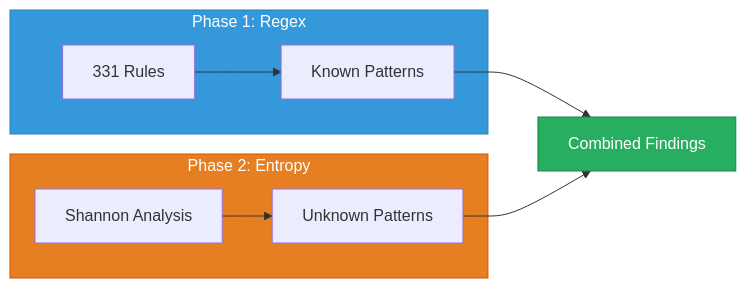
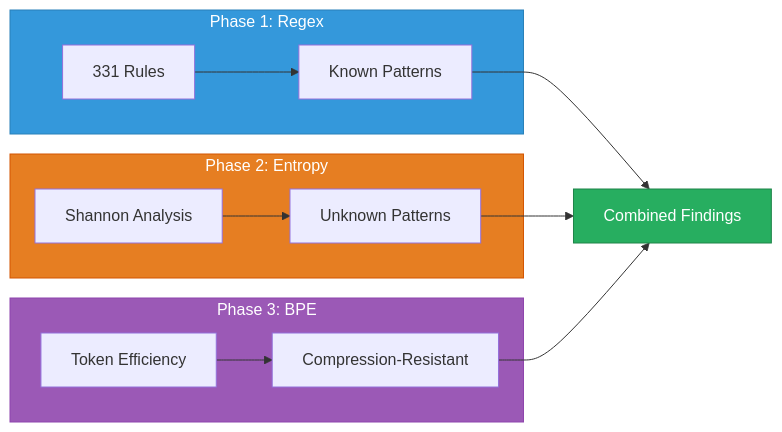
One commit to svemulapati/CredVigil changed diagram 28 of 40 in docs/training/01-core-detection-engine.md. Above: the diagram before and after it, drawn with Mermaid. The commit also changed other lines of this file and 8 other files, not shown here.

````diff
--- a/docs/training/01-core-detection-engine.md
+++ b/docs/training/01-core-detection-engine.md
@@ -1454,13 +1535,17 @@
 ```mermaid
 flowchart LR
     subgraph Phase1["Phase 1: Regex"]
         A["331 Rules"] --> B["Known Patterns"]
     end
     subgraph Phase2["Phase 2: Entropy"]
         C["Shannon Analysis"] --> D["Unknown Patterns"]
     end
-    B & D --> E["Combined Findings"]
+    subgraph Phase3["Phase 3: BPE"]
+        E["Token Efficiency"] --> F["Compression-Resistant"]
+    end
+    B & D & F --> G["Combined Findings"]
     style Phase1 fill:#3498DB,stroke:#2980B9,color:#fff
     style Phase2 fill:#E67E22,stroke:#D35400,color:#fff
-    style E fill:#27AE60,stroke:#1E8449,color:#fff
+    style Phase3 fill:#9B59B6,stroke:#8E44AD,color:#fff
+    style G fill:#27AE60,stroke:#1E8449,color:#fff
 ```
````
